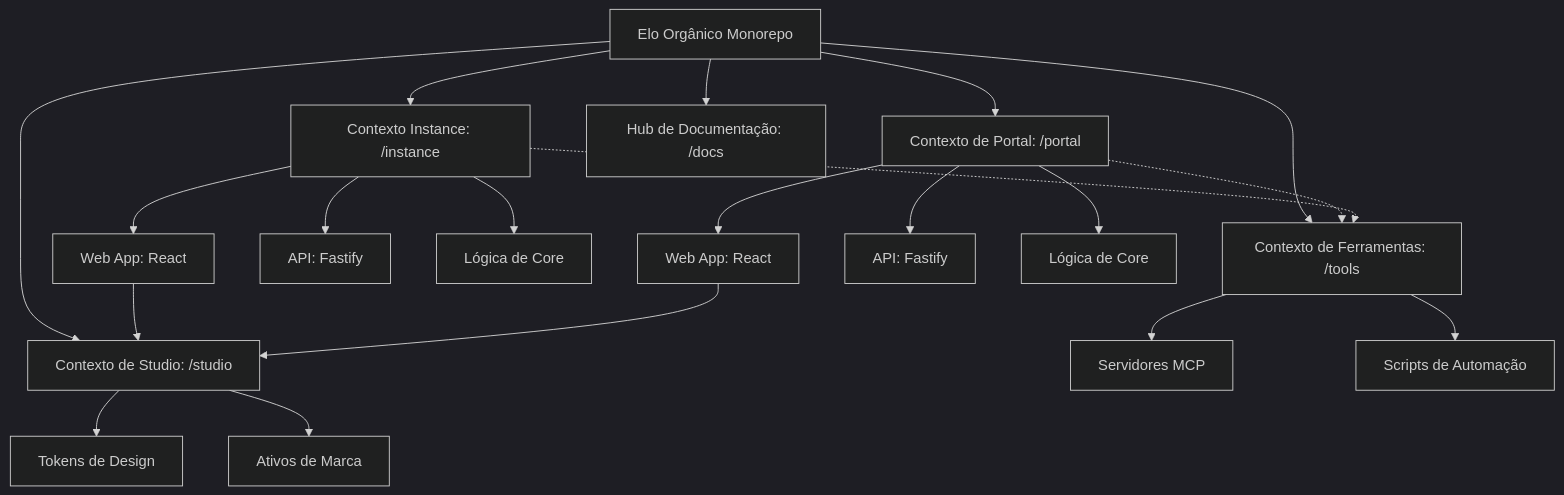
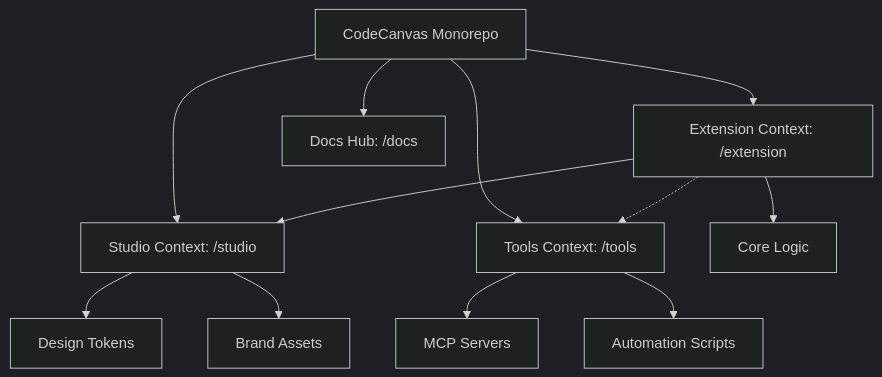
The diagram in docs/i18n/pt-BR/docusaurus-plugin-content-docs/current/architecture/bounded-context.mdx (tupynambalucas/code-canvas), drawn with Mermaid (dark theme) before and after one commit. The commit also changed other lines of this file and 134 other files, not shown here.

First line of the commit message:
refactor: rename Elo Orgânico to CodeCanvas across documentation and assets

````diff
--- a/docs/i18n/pt-BR/docusaurus-plugin-content-docs/current/architecture/bounded-context.mdx
+++ b/docs/i18n/pt-BR/docusaurus-plugin-content-docs/current/architecture/bounded-context.mdx
@@ -14,29 +14,19 @@
 ```mermaid
 graph TD
-    Root["Elo Orgânico Monorepo"]
-    Root --> Instance["Contexto Instance: /instance"]
-    Root --> Portal["Contexto de Portal: /portal"]
-    Root --> Studio["Contexto de Studio: /studio"]
-    Root --> Tools["Contexto de Ferramentas: /tools"]
-    Root --> Knowledge["Hub de Documentação: /docs"]
+    Root["CodeCanvas Monorepo"]
+    Root --> Extension["Extension Context: /extension"]
+    Root --> Studio["Studio Context: /studio"]
+    Root --> Tools["Tools Context: /tools"]
+    Root --> Knowledge["Docs Hub: /docs"]
 
-    Instance --> I_Web["Web App: React"]
-    Instance --> I_API["API: Fastify"]
-    Instance --> I_Core["Lógica de Core"]
+    Extension --> E_Core["Core Logic"]
+    Extension --> Studio
 
-    Portal --> P_Web["Web App: React"]
-    Portal --> P_API["API: Fastify"]
-    Portal --> P_Core["Lógica de Core"]
+    Studio --> Tokens["Design Tokens"]
+    Studio --> Assets["Brand Assets"]
 
-    Studio --> Tokens["Tokens de Design"]
-    Studio --> Assets["Ativos de Marca"]
+    Tools --> MCP["MCP Servers"]
+    Tools --> Scripts["Automation Scripts"]
 
-    Tools --> MCP["Servidores MCP"]
-    Tools --> Scripts["Scripts de Automação"]
-
-    I_Web --> Studio
-    P_Web --> Studio
-
-    Portal -.-> Tools
-    Instance -.-> Tools
+    Extension -.-> Tools
 ```
````
